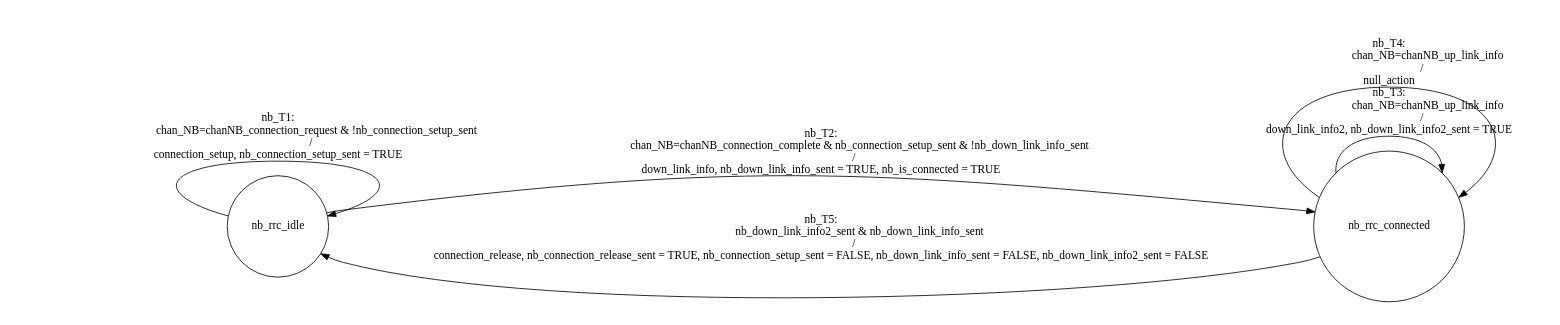
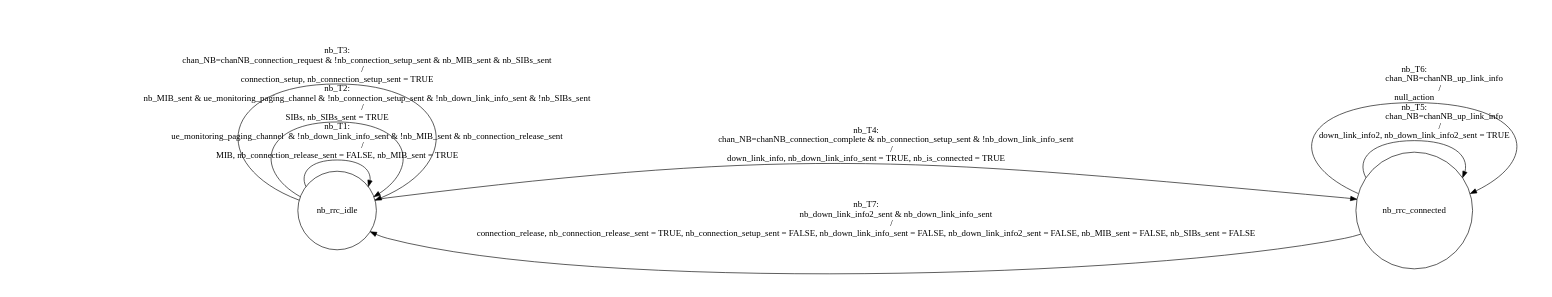
The diagram in NB.dot (alexkgrimes/RRCInspector), drawn with Graphviz before and after one commit. The commit also changed 5 other files, not shown here.

Commit message:
Added MIB and SIBs messages

```diff
--- a/NB.dot
+++ b/NB.dot
@@ -1,26 +1,34 @@
 digraph NB{
 rankdir = LR;
 size = "8,5"
 node [shape = circle, label="nb_rrc_idle"]nb_rrc_idle;
 node [shape = circle, label="nb_rrc_connected"]nb_rrc_connected;
 nb_rrc_idle -> nb_rrc_idle [label = "nb_T1: 
-                            chan_NB=chanNB_connection_request & !nb_connection_setup_sent 
+                            ue_monitoring_paging_channel  & !nb_down_link_info_sent & !nb_MIB_sent & nb_connection_release_sent
+                        /
+MIB, nb_connection_release_sent = FALSE, nb_MIB_sent = TRUE"]
+nb_rrc_idle -> nb_rrc_idle [label = "nb_T2: 
+                            nb_MIB_sent & ue_monitoring_paging_channel & !nb_connection_setup_sent & !nb_down_link_info_sent & !nb_SIBs_sent
+                        /
+SIBs, nb_SIBs_sent = TRUE"]
+nb_rrc_idle -> nb_rrc_idle [label = "nb_T3: 
+                            chan_NB=chanNB_connection_request & !nb_connection_setup_sent & nb_MIB_sent & nb_SIBs_sent
                         /
 connection_setup, nb_connection_setup_sent = TRUE"]
-nb_rrc_idle -> nb_rrc_connected [label = "nb_T2: 
+nb_rrc_idle -> nb_rrc_connected [label = "nb_T4: 
                             chan_NB=chanNB_connection_complete & nb_connection_setup_sent & !nb_down_link_info_sent
                         /
 down_link_info, nb_down_link_info_sent = TRUE, nb_is_connected = TRUE"]
-nb_rrc_connected -> nb_rrc_connected [label = "nb_T3: 
+nb_rrc_connected -> nb_rrc_connected [label = "nb_T5: 
                             chan_NB=chanNB_up_link_info 
                         /
 down_link_info2, nb_down_link_info2_sent = TRUE"]
-nb_rrc_connected -> nb_rrc_connected [label = "nb_T4: 
+nb_rrc_connected -> nb_rrc_connected [label = "nb_T6: 
                             chan_NB=chanNB_up_link_info 
                         /
 null_action"]
-nb_rrc_connected -> nb_rrc_idle [label = "nb_T5: 
+nb_rrc_connected -> nb_rrc_idle [label = "nb_T7: 
                             nb_down_link_info2_sent & nb_down_link_info_sent
                         /
-connection_release, nb_connection_release_sent = TRUE, nb_connection_setup_sent = FALSE, nb_down_link_info_sent = FALSE, nb_down_link_info2_sent = FALSE"]
+connection_release, nb_connection_release_sent = TRUE, nb_connection_setup_sent = FALSE, nb_down_link_info_sent = FALSE, nb_down_link_info2_sent = FALSE, nb_MIB_sent = FALSE, nb_SIBs_sent = FALSE"]
 }
```
